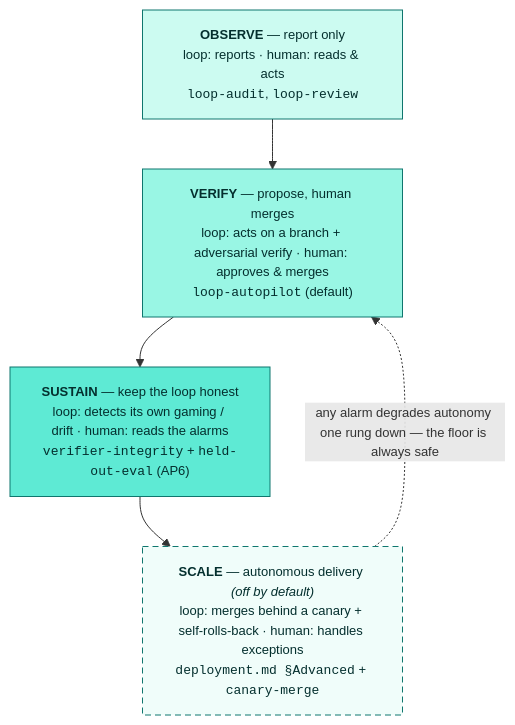
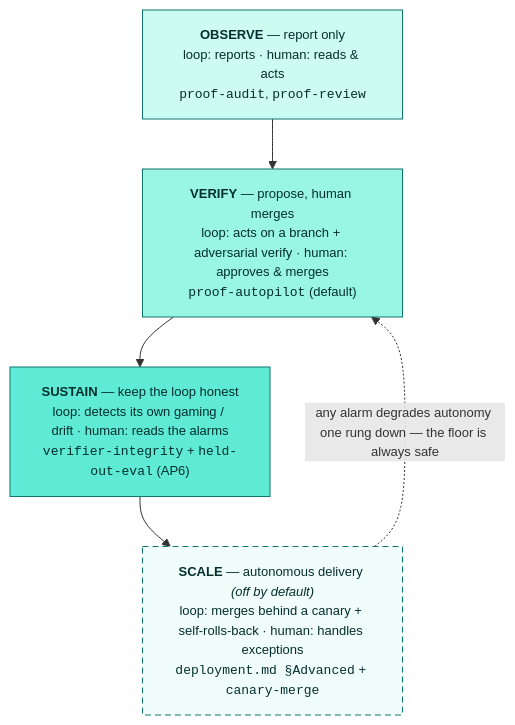
Before and after one commit to santapong/Proof: the diagram in docs/c4/diagrams/src/autonomy-ladder.mmd, drawn with Mermaid. The commit also changed 462 other files, not shown here.

```diff
--- a/docs/c4/diagrams/src/autonomy-ladder.mmd
+++ b/docs/c4/diagrams/src/autonomy-ladder.mmd
@@ -1,17 +1,17 @@
 %%{init: {"themeVariables": {"fontFamily": "Segoe UI, Helvetica, Arial, sans-serif", "fontSize": "13px"}}}%%
 flowchart TB
-    O["<b>OBSERVE</b> — report only<br/>loop: reports · human: reads &amp; acts<br/><code>loop-audit</code>, <code>loop-review</code>"]
-    V["<b>VERIFY</b> — propose, human merges<br/>loop: acts on a branch + adversarial verify · human: approves &amp; merges<br/><code>loop-autopilot</code> (default)"]
+    O["<b>OBSERVE</b> — report only<br/>loop: reports · human: reads &amp; acts<br/><code>proof-audit</code>, <code>proof-review</code>"]
+    V["<b>VERIFY</b> — propose, human merges<br/>loop: acts on a branch + adversarial verify · human: approves &amp; merges<br/><code>proof-autopilot</code> (default)"]
     S["<b>SUSTAIN</b> — keep the loop honest<br/>loop: detects its own gaming / drift · human: reads the alarms<br/><code>verifier-integrity</code> + <code>held-out-eval</code> (AP6)"]
     C["<b>SCALE</b> — autonomous delivery <i>(off by default)</i><br/>loop: merges behind a canary + self-rolls-back · human: handles exceptions<br/><code>deployment.md §Advanced</code> + <code>canary-merge</code>"]
     O --> V --> S --> C
     C -. "any alarm degrades autonomy one rung down — the floor is always safe" .-> V
 
     classDef r1 fill:#CCFBF1,stroke:#0F766E,color:#042F2E
     classDef r2 fill:#99F6E4,stroke:#0F766E,color:#042F2E
     classDef r3 fill:#5EEAD4,stroke:#0F766E,color:#042F2E
     classDef r4 fill:#F0FDFA,stroke:#0F766E,stroke-dasharray:6 4,color:#042F2E
     class O r1
     class V r2
     class S r3
     class C r4
```
